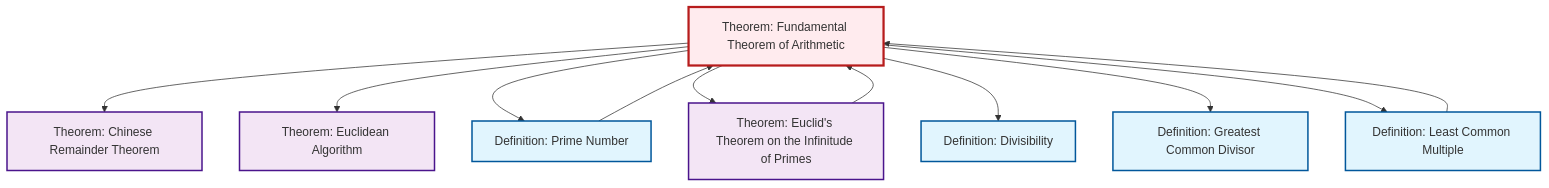
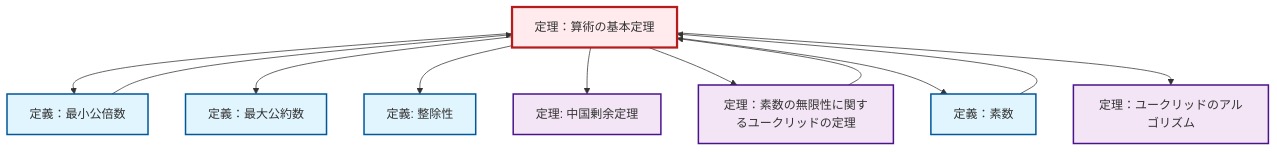
The diagram in content/ja/number-theory/thm-fundamental-arithmetic.qmd (RK0429/ModernMath), drawn with Mermaid before and after one commit. The commit also changed 1069 other files, not shown here.

````diff
--- a/content/ja/number-theory/thm-fundamental-arithmetic.qmd
+++ b/content/ja/number-theory/thm-fundamental-arithmetic.qmd
@@ -73,35 +73,35 @@
 ```{mermaid}
 %%| fig-cap: "Local dependency graph"
 graph TD
     classDef definition fill:#e1f5fe,stroke:#01579b,stroke-width:2px
     classDef theorem fill:#f3e5f5,stroke:#4a148c,stroke-width:2px
     classDef axiom fill:#fff3e0,stroke:#e65100,stroke-width:2px
     classDef example fill:#e8f5e9,stroke:#1b5e20,stroke-width:2px
     classDef current fill:#ffebee,stroke:#b71c1c,stroke-width:3px
-    thm-chinese-remainder["Theorem: Chinese Remainder Theorem"]:::theorem
-    thm-euclidean-algorithm["Theorem: Euclidean Algorithm"]:::theorem
-    def-gcd["Definition: Greatest Common Divisor"]:::definition
-    def-divisibility["Definition: Divisibility"]:::definition
-    thm-fundamental-arithmetic["Theorem: Fundamental Theorem of Arithmetic"]:::theorem
-    thm-euclid-infinitude-primes["Theorem: Euclid's Theorem on the Infinitude of Primes"]:::theorem
-    def-lcm["Definition: Least Common Multiple"]:::definition
-    def-prime["Definition: Prime Number"]:::definition
-    def-prime --> thm-fundamental-arithmetic
-    thm-fundamental-arithmetic --> thm-chinese-remainder
-    thm-fundamental-arithmetic --> thm-euclidean-algorithm
-    thm-fundamental-arithmetic --> def-prime
-    def-lcm --> thm-fundamental-arithmetic
-    thm-fundamental-arithmetic --> thm-euclid-infinitude-primes
+    def-divisibility["定義: 整除性"]:::definition
+    thm-fundamental-arithmetic["定理：算術の基本定理"]:::theorem
+    thm-euclid-infinitude-primes["定理：素数の無限性に関するユークリッドの定理"]:::theorem
+    thm-euclidean-algorithm["定理：ユークリッドのアルゴリズム"]:::theorem
+    thm-chinese-remainder["定理: 中国剰余定理"]:::theorem
+    def-gcd["定義：最大公約数"]:::definition
+    def-lcm["定義：最小公倍数"]:::definition
+    def-prime["定義：素数"]:::definition
+    thm-fundamental-arithmetic --> def-lcm
+    thm-fundamental-arithmetic --> def-gcd
     thm-euclid-infinitude-primes --> thm-fundamental-arithmetic
     thm-fundamental-arithmetic --> def-divisibility
-    thm-fundamental-arithmetic --> def-gcd
-    thm-fundamental-arithmetic --> def-lcm
+    thm-fundamental-arithmetic --> thm-chinese-remainder
+    def-prime --> thm-fundamental-arithmetic
+    thm-fundamental-arithmetic --> thm-euclid-infinitude-primes
+    thm-fundamental-arithmetic --> def-prime
+    thm-fundamental-arithmetic --> thm-euclidean-algorithm
+    def-lcm --> thm-fundamental-arithmetic
     class thm-fundamental-arithmetic current
-    click thm-chinese-remainder "thm-chinese-remainder.html" "Theorem: Chinese Remainder Theoremへ"
-    click thm-euclidean-algorithm "thm-euclidean-algorithm.html" "Theorem: Euclidean Algorithmへ"
-    click def-gcd "def-gcd.html" "Definition: Greatest Common Divisorへ"
-    click def-divisibility "def-divisibility.html" "Definition: Divisibilityへ"
-    click thm-euclid-infinitude-primes "thm-euclid-infinitude-primes.html" "Theorem: Euclid's Theorem on the Infinitude of Primesへ"
-    click def-lcm "def-lcm.html" "Definition: Least Common Multipleへ"
-    click def-prime "def-prime.html" "Definition: Prime Numberへ"
+    click def-divisibility "def-divisibility.html" "整除性の定義へ"
+    click thm-euclid-infinitude-primes "thm-euclid-infinitude-primes.html" "定理：素数の無限性に関するユークリッドの定理へ"
+    click thm-euclidean-algorithm "thm-euclidean-algorithm.html" "定理：ユークリッドのアルゴリズムへ"
+    click thm-chinese-remainder "thm-chinese-remainder.html" "中国剰余定理の定理へ"
+    click def-gcd "def-gcd.html" "定義：最大公約数へ"
+    click def-lcm "def-lcm.html" "定義：最小公倍数へ"
+    click def-prime "def-prime.html" "定義：素数へ"
 ```
````
